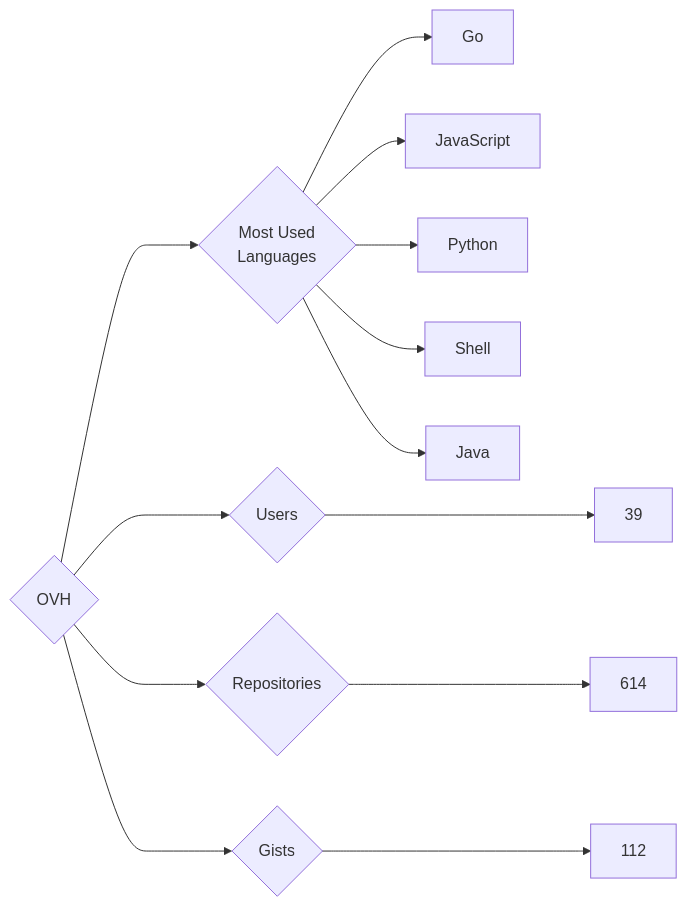
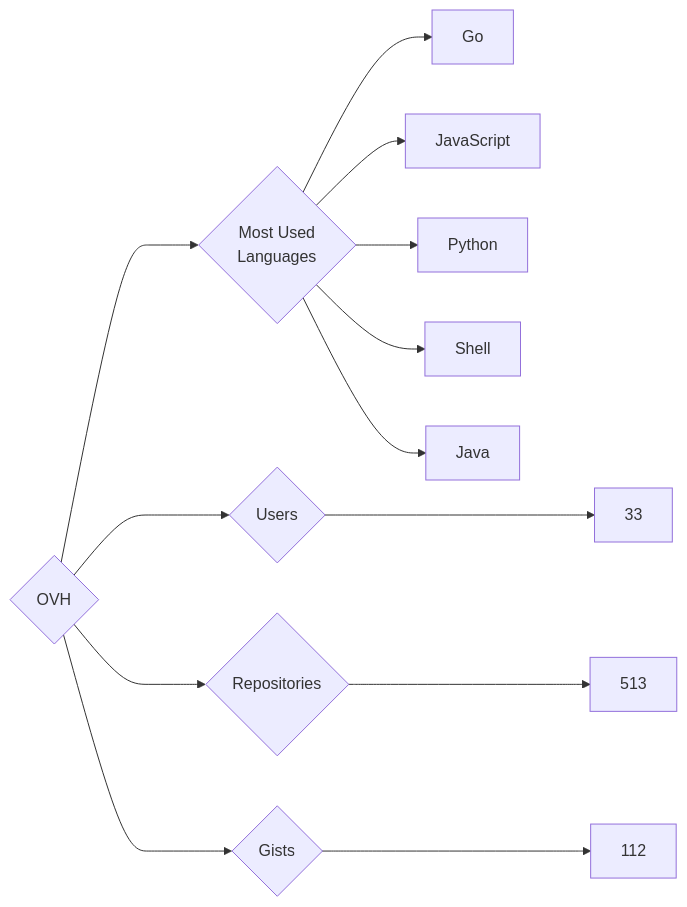
One commit to trickest/insiders changed the diagram in targets/OVH/README.md. Above: the diagram before and after it, drawn with Mermaid. The commit also changed 728 other files, not shown here.

````diff
--- a/targets/OVH/README.md
+++ b/targets/OVH/README.md
@@ -3,13 +3,13 @@
 ```mermaid
 graph LR
 COMPANY_NAME{OVH}
-COMPANY_NAME ---> U{Users} ---> UN[39]
-COMPANY_NAME ---> R{Repositories} ---> RN[614]
+COMPANY_NAME ---> U{Users} ---> UN[33]
+COMPANY_NAME ---> R{Repositories} ---> RN[513]
 COMPANY_NAME ---> G{Gists} ---> GN[112]
 COMPANY_NAME ---> ML{Most Used<br>Languages}
 ML --> Go[Go]
 ML --> JavaScript[JavaScript]
 ML --> Python[Python]
 ML --> Shell[Shell]
 ML --> Java[Java]
 ```
````
